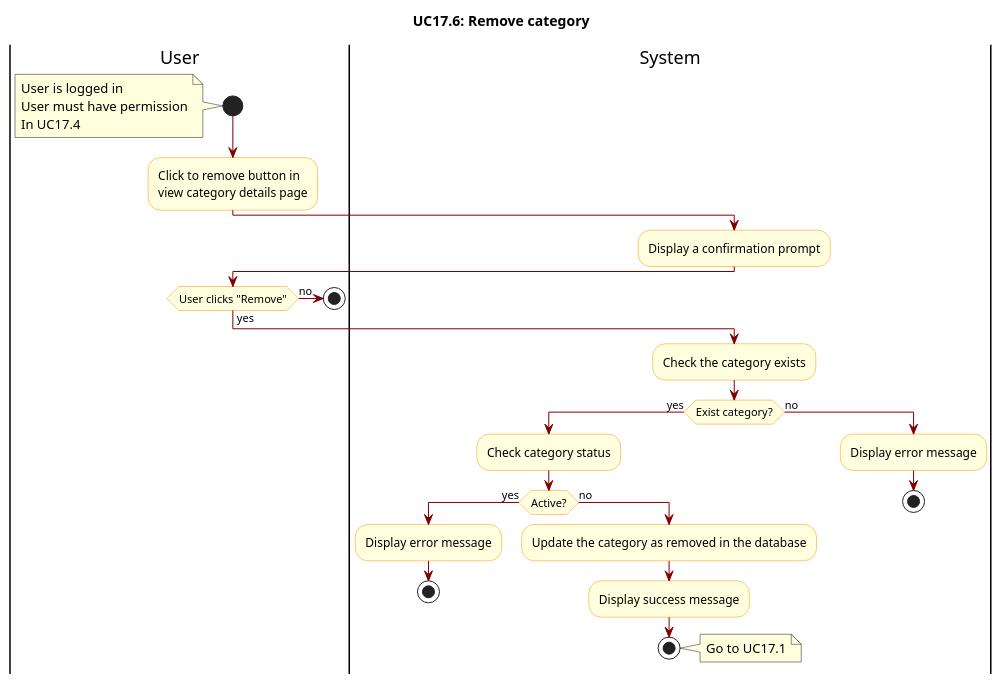
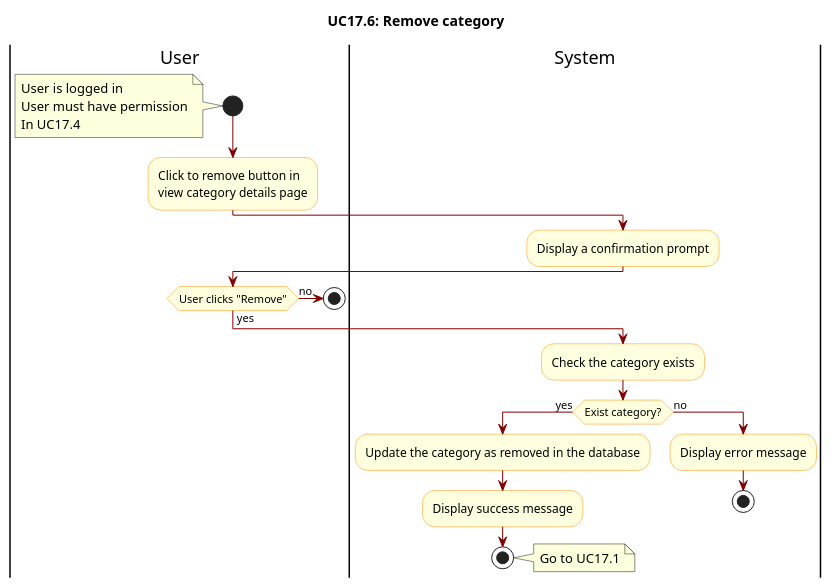
Before and after one commit to hiusnguyen201/BE_ClothingShop: the diagram in docs/activity diagram/UC17.6-RemoveCategory.wsd, drawn with PlantUML. The commit also changed 71 other files, not shown here.

```diff
--- a/docs/activity diagram/UC17.6-RemoveCategory.wsd
+++ b/docs/activity diagram/UC17.6-RemoveCategory.wsd
@@ -1,51 +1,45 @@
 @startuml
 
 skinparam ActivityBackgroundColor LightYellow
 skinparam ActivityBorderColor DarkOrange
 skinparam ArrowColor Maroon
 
 title UC17.6: Remove category
 
 |User|
 start
 note left
     User is logged in  
     User must have permission
     In UC17.4
 end note
 
 
 |User|
 :Click to remove button in 
 view category details page;
 
 |System|
 :Display a confirmation prompt;
 
 |User|
 if(User clicks "Remove") then(yes)
 else(no)
     stop
 endif
 
 |System|
 :Check the category exists;
 if(Exist category?) then(yes)
-    :Check category status;
-    if(Active?) then(yes)
-        :Display error message;
-        stop
-    else(no)
-        :Update the category as removed in the database;
+    :Update the category as removed in the database;
         :Display success message;
         stop
         note right
             Go to UC17.1
         end note
-    endif
 else(no)
     :Display error message;
     stop
 endif
 
 @enduml
```
